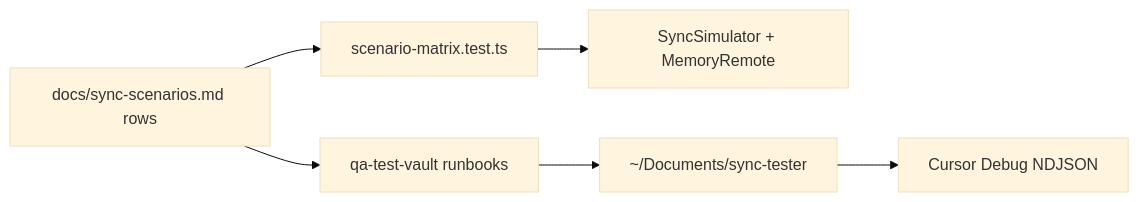
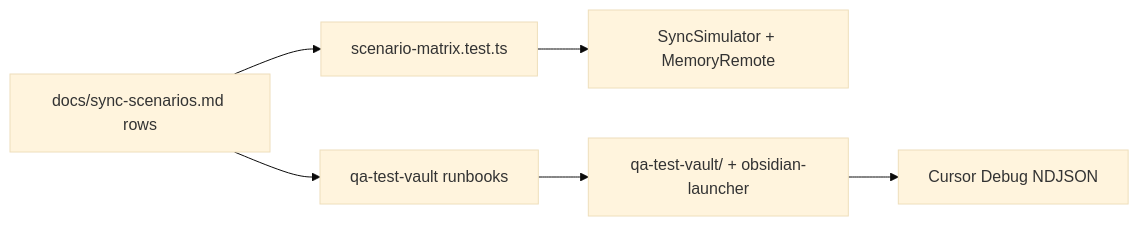
One commit to daledesilva/obsidian-dropbox-sync changed the diagram in docs/sync-scenario-testing.md. Above: the diagram before and after it, drawn with Mermaid (base theme). The commit also changed other lines of this file and 46 other files, not shown here.

````diff
--- a/docs/sync-scenario-testing.md
+++ b/docs/sync-scenario-testing.md
@@ -20,8 +20,8 @@
 ```mermaid
 flowchart LR
   Spec[docs/sync-scenarios.md rows] --> Matrix[scenario-matrix.test.ts]
   Matrix --> Sims[SyncSimulator + MemoryRemote]
   Spec --> Runbooks[qa-test-vault runbooks]
-  Runbooks --> Vault["~/Documents/sync-tester"]
+  Runbooks --> Vault["qa-test-vault/ + obsidian-launcher"]
   Vault --> Ingest[Cursor Debug NDJSON]
 ```
````
